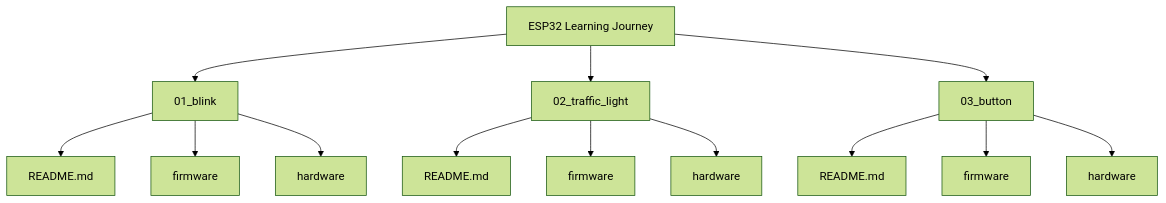
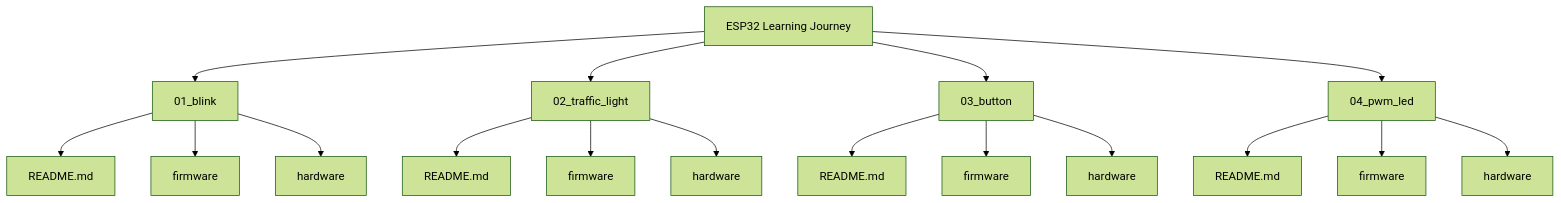
Before and after one commit to BDeuDev/esp32-practice-c: the diagram in README.md, drawn with Mermaid (forest theme). The commit also changed other lines of this file and 20 other files, not shown here.

Commit message:
04_pwm_led project

````diff
--- a/README.md
+++ b/README.md
@@ -25,20 +25,25 @@
 ```mermaid
 graph TD
     ROOT[ESP32 Learning Journey]
 
     ROOT --> BLINK[01_blink]
     ROOT --> TRAFFIC[02_traffic_light]
     ROOT --> BUTTON[03_button]
+    ROOT --> PWM[04_pwm_led]
 
     BLINK --> BLINK_README[README.md]
     BLINK --> BLINK_FW[firmware]
     BLINK --> BLINK_HW[hardware]
 
     TRAFFIC --> TRAFFIC_README[README.md]
     TRAFFIC --> TRAFFIC_FW[firmware]
     TRAFFIC --> TRAFFIC_HW[hardware]
 
     BUTTON --> BUTTON_README[README.md]
     BUTTON --> BUTTON_FW[firmware]
     BUTTON --> BUTTON_HW[hardware]
+
+    PWM --> PWM_README[README.md]
+    PWM --> PWM_FW[firmware]
+    PWM --> PWM_HW[hardware]
 ```
````
